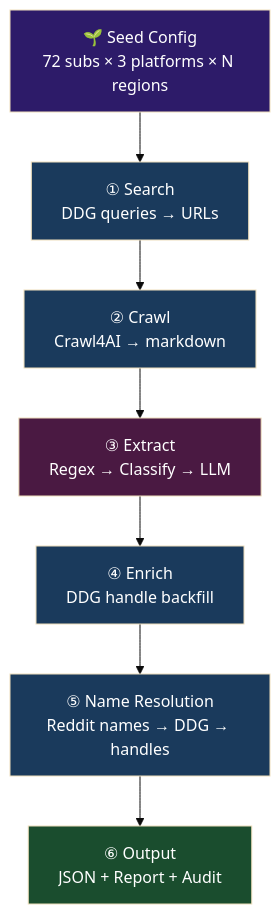
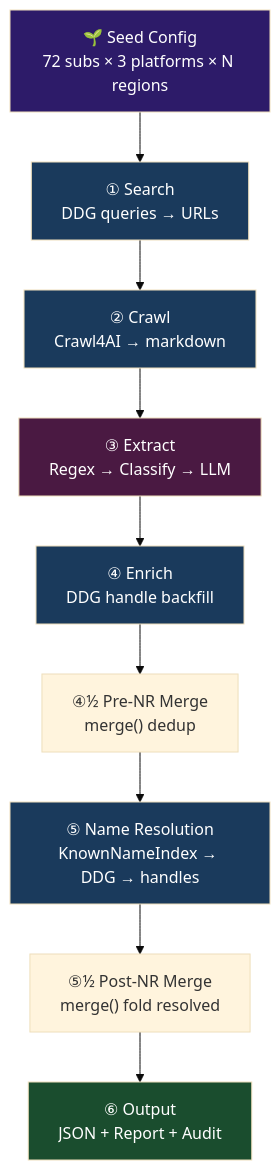
Before and after one commit to Meeks91/trenginePoC: the first of 4 diagrams in seeding/crawl4ai/docs/business_rules.md, drawn with Mermaid (base theme). The commit also changed other lines of this file, not shown here.

First line of the commit message:
docs: update business_rules.md for dedup pipeline + blocklist changes

````diff
--- a/seeding/crawl4ai/docs/business_rules.md
+++ b/seeding/crawl4ai/docs/business_rules.md
@@ -32,17 +32,19 @@
 ```mermaid
 graph TD
     A["🌱 Seed Config<br/>72 subs × 3 platforms × N regions"] --> B["① Search<br/>DDG queries → URLs"]
     B --> C["② Crawl<br/>Crawl4AI → markdown"]
     C --> D["③ Extract<br/>Regex → Classify → LLM"]
     D --> E["④ Enrich<br/>DDG handle backfill"]
-    E --> F["⑤ Name Resolution<br/>Reddit names → DDG → handles"]
-    F --> G["⑥ Output<br/>JSON + Report + Audit"]
+    E --> F1["④½ Pre-NR Merge<br/>merge() dedup"]
+    F1 --> F["⑤ Name Resolution<br/>KnownNameIndex → DDG → handles"]
+    F --> F2["⑤½ Post-NR Merge<br/>merge() fold resolved"]
+    F2 --> G["⑥ Output<br/>JSON + Report + Audit"]
 
     style A fill:#2d1b69,color:#fff
     style B fill:#1a3a5c,color:#fff
     style C fill:#1a3a5c,color:#fff
     style D fill:#4a1942,color:#fff
     style E fill:#1a3a5c,color:#fff
     style F fill:#1a3a5c,color:#fff
     style G fill:#1a4d2e,color:#fff
 ```
````
